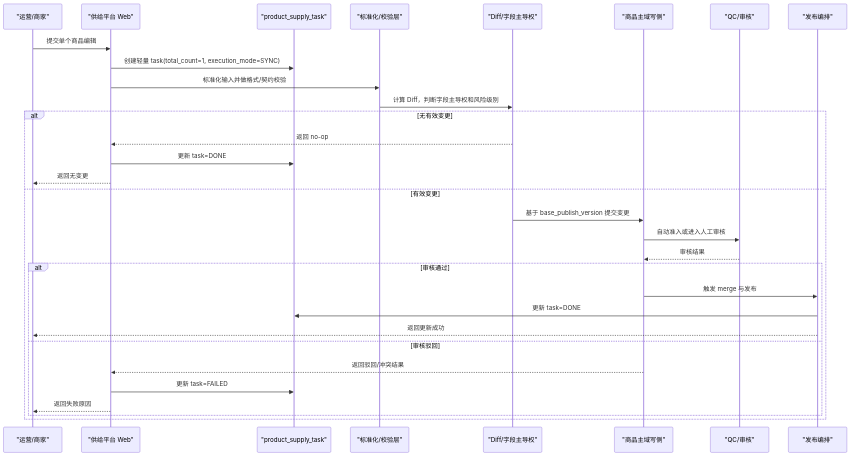
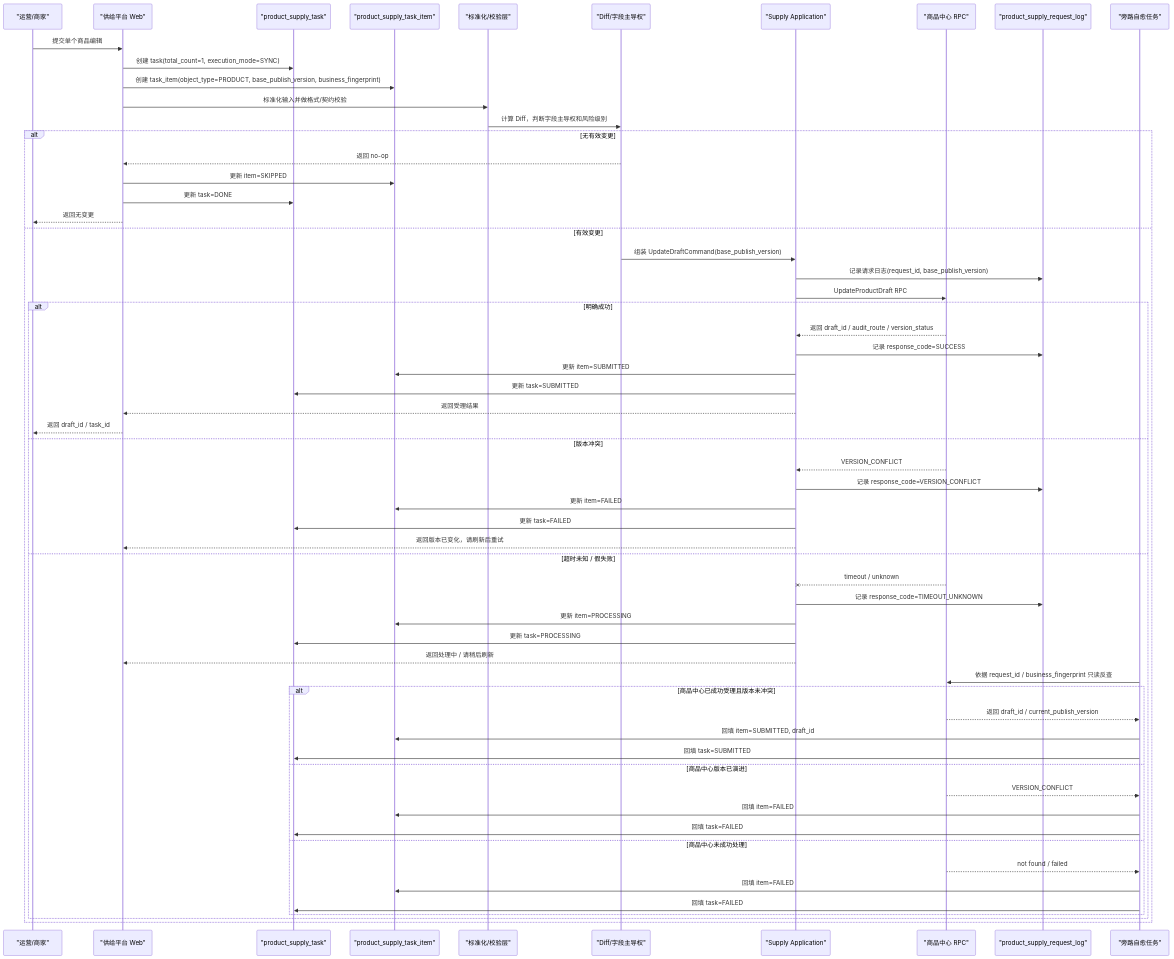
Before and after one commit to wxquare/wxquare.github.io: the seventh of 17 diagrams in books/system-design-architecture-book/src/appendix/ecommerce-product-supply-inventory-lifecycle.md, drawn with Mermaid. The commit also changed other lines of this file and 1 other file, not shown here.

Commit message:
add code

````diff
--- a/books/system-design-architecture-book/src/appendix/ecommerce-product-supply-inventory-lifecycle.md
+++ b/books/system-design-architecture-book/src/appendix/ecommerce-product-supply-inventory-lifecycle.md
@@ -929,34 +1421,63 @@
 ```mermaid
 sequenceDiagram
     participant U as "运营/商家"
     participant W as "供给平台 Web"
     participant T as "product_supply_task"
+    participant I as "product_supply_task_item"
     participant V as "标准化/校验层"
     participant D as "Diff/字段主导权"
-    participant P as "商品主域写侧"
-    participant Q as "QC/审核"
-    participant R as "发布编排"
+    participant A as "Supply Application"
+    participant P as "商品中心 RPC"
+    participant R as "product_supply_request_log"
+    participant H as "旁路自愈任务"
 
     U->>W: 提交单个商品编辑
-    W->>T: 创建轻量 task(total_count=1, execution_mode=SYNC)
+    W->>T: 创建 task(total_count=1, execution_mode=SYNC)
+    W->>I: 创建 task_item(object_type=PRODUCT, base_publish_version, business_fingerprint)
     W->>V: 标准化输入并做格式/契约校验
     V->>D: 计算 Diff，判断字段主导权和风险级别
     alt 无有效变更
         D-->>W: 返回 no-op
+        W->>I: 更新 item=SKIPPED
         W->>T: 更新 task=DONE
         W-->>U: 返回无变更
     else 有效变更
-        D->>P: 基于 base_publish_version 提交变更
-        P->>Q: 自动准入或进入人工审核
-        Q-->>P: 审核结果
-        alt 审核通过
-            P->>R: 触发 merge 与发布
-            R->>T: 更新 task=DONE
-            R-->>U: 返回更新成功
-        else 审核驳回
-            P-->>W: 返回驳回/冲突结果
-            W->>T: 更新 task=FAILED
-            W-->>U: 返回失败原因
+        D->>A: 组装 UpdateDraftCommand(base_publish_version)
+        A->>R: 记录请求日志(request_id, base_publish_version)
+        A->>P: UpdateProductDraft RPC
+        alt 明确成功
+            P-->>A: 返回 draft_id / audit_route / version_status
+            A->>R: 记录 response_code=SUCCESS
+            A->>I: 更新 item=SUBMITTED
+            A->>T: 更新 task=SUBMITTED
+            A-->>W: 返回受理结果
+            W-->>U: 返回 draft_id / task_id
+        else 版本冲突
+            P-->>A: VERSION_CONFLICT
+            A->>R: 记录 response_code=VERSION_CONFLICT
+            A->>I: 更新 item=FAILED
+            A->>T: 更新 task=FAILED
+            A-->>W: 返回版本已变化，请刷新后重试
+        else 超时未知 / 假失败
+            P--xA: timeout / unknown
+            A->>R: 记录 response_code=TIMEOUT_UNKNOWN
+            A->>I: 更新 item=PROCESSING
+            A->>T: 更新 task=PROCESSING
+            A-->>W: 返回处理中 / 请稍后刷新
+            H->>P: 依据 request_id / business_fingerprint 只读反查
+            alt 商品中心已成功受理且版本未冲突
+                P-->>H: 返回 draft_id / current_publish_version
+                H->>I: 回填 item=SUBMITTED, draft_id
+                H->>T: 回填 task=SUBMITTED
+            else 商品中心版本已演进
+                P-->>H: VERSION_CONFLICT
+                H->>I: 回填 item=FAILED
+                H->>T: 回填 task=FAILED
+            else 商品中心未成功处理
+                P-->>H: not found / failed
+                H->>I: 回填 item=FAILED
+                H->>T: 回填 task=FAILED
+            end
         end
     end
 ```
````
